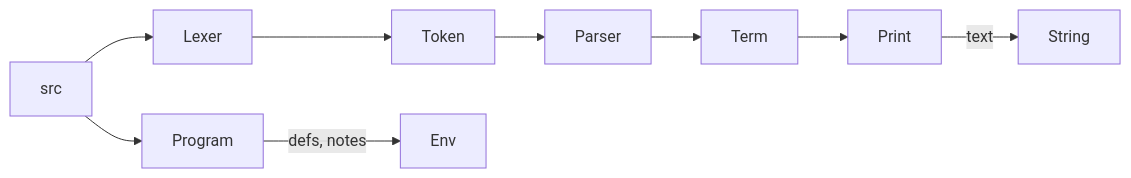
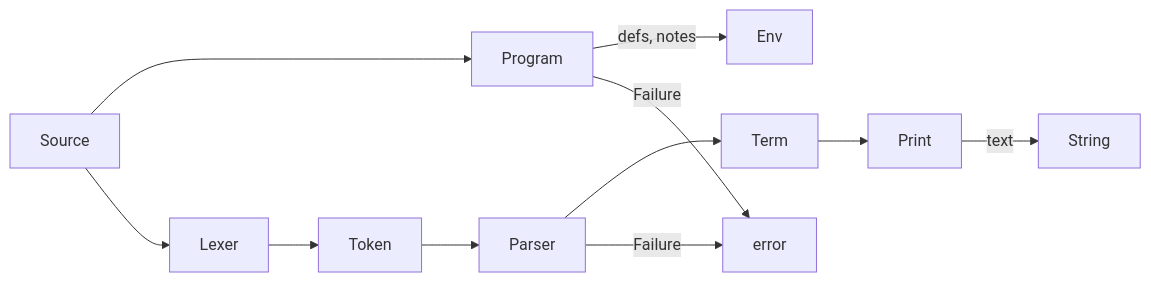
Before and after one commit to krukah/redex: the diagram in crates/syntax/AGENTS.md, drawn with Mermaid. The commit also changed other lines of this file and 8 other files, not shown here.

````diff
--- a/crates/syntax/AGENTS.md
+++ b/crates/syntax/AGENTS.md
@@ -3,6 +3,7 @@
 ```mermaid
 flowchart LR
-  src --> Lexer --> Token --> Parser --> Term
-  src --> Program -->|defs, notes| Env
+  Source --> Program -->|defs, notes| Env
+  Source --> Lexer --> Token --> Parser --> Term
+  Parser & Program -->|Failure| error
   Term --> Print -->|text| String
 ```
````
